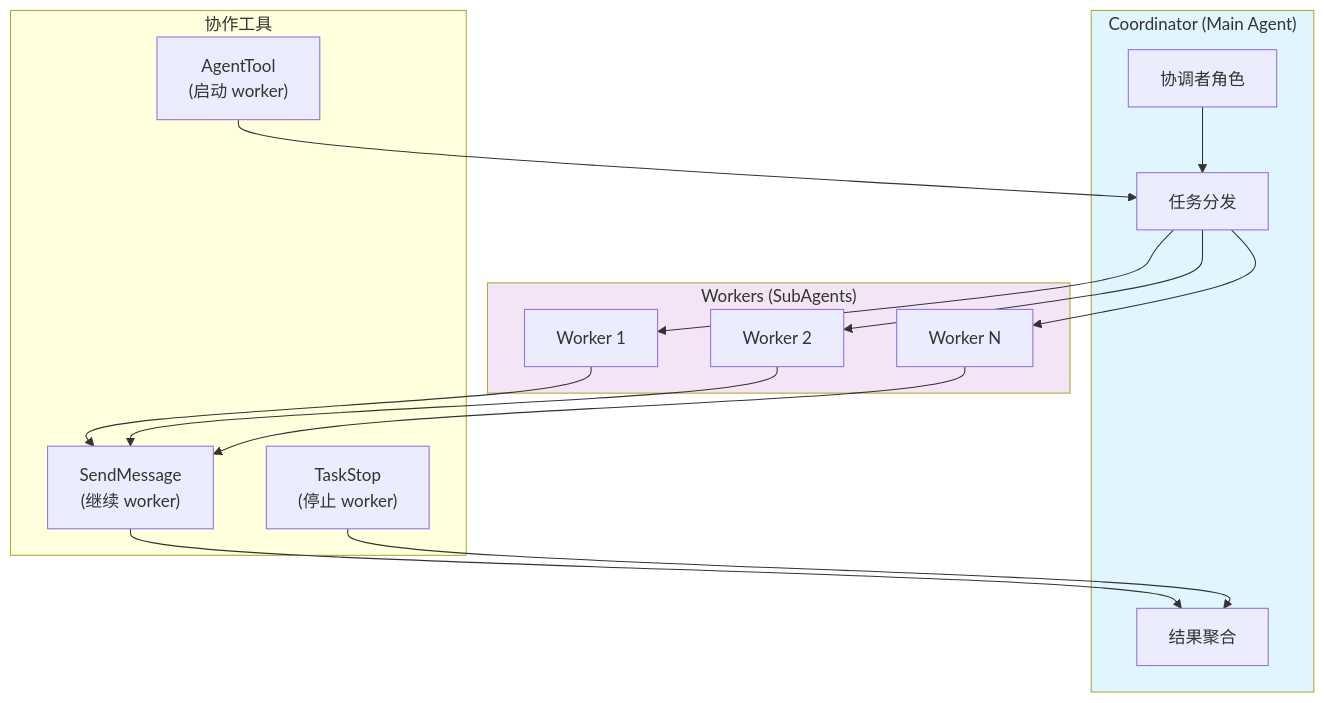
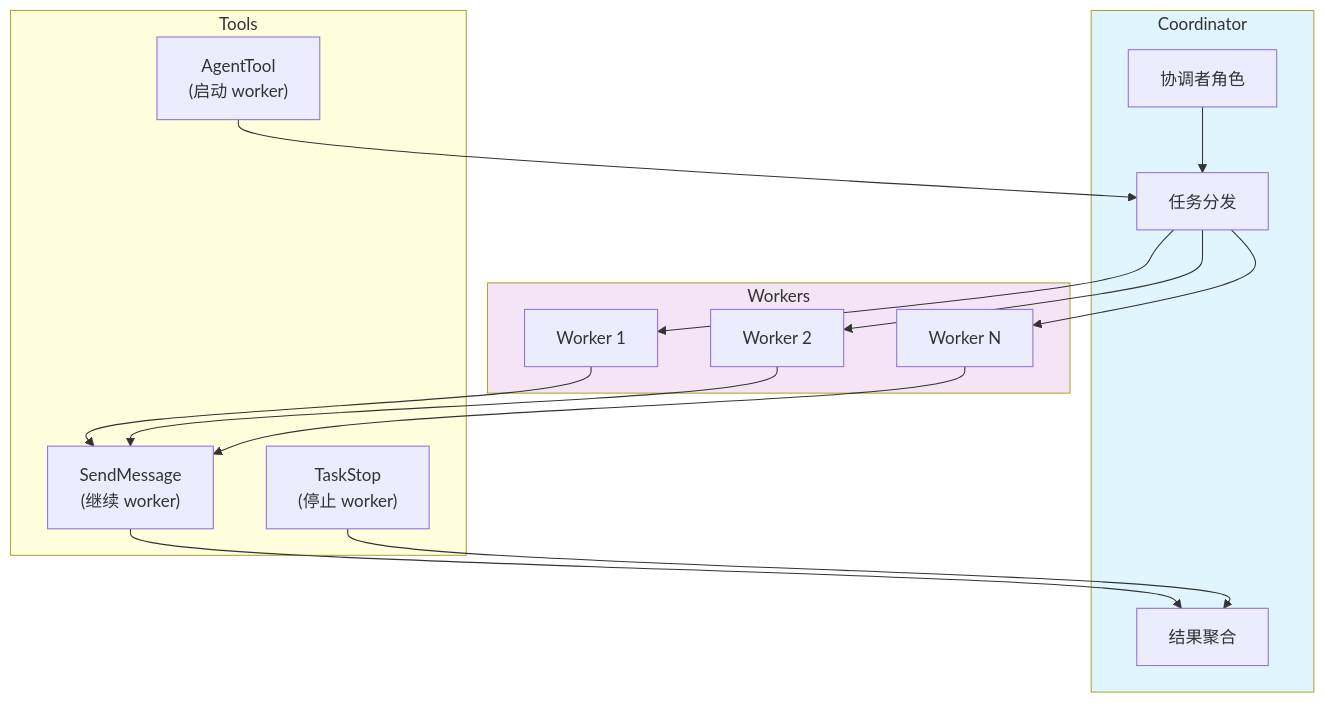
Diagram 15 of 15 in harness/docs/deep/AGENT-SYSTEM.md (platootalp/harness-code), drawn with Mermaid before and after one commit. The commit also changed other lines of this file and 8 other files, not shown here.

First line of the commit message:
docs: review and fix docs/deep/ accuracy and mermaid rendering

````diff
--- a/harness/docs/deep/AGENT-SYSTEM.md
+++ b/harness/docs/deep/AGENT-SYSTEM.md
@@ -1010,34 +1011,34 @@
 ```mermaid
 flowchart TD
-    subgraph Coordinator["Coordinator (Main Agent)"]
+    subgraph Coordinator
         C1["协调者角色"]
         C2["任务分发"]
         C3["结果聚合"]
     end
 
-    subgraph Workers["Workers (SubAgents)"]
+    subgraph Workers
         W1["Worker 1"]
         W2["Worker 2"]
         W3["Worker N"]
     end
 
-    subgraph Tools["协作工具"]
+    subgraph Tools
         T1["SendMessage<br/>(继续 worker)"]
         T2["TaskStop<br/>(停止 worker)"]
         T3["AgentTool<br/>(启动 worker)"]
     end
 
     C1 --> C2
     C2 --> W1
     C2 --> W2
     C2 --> W3
     W1 --> T1
     W2 --> T1
     W3 --> T1
     T1 --> C3
     T2 --> C3
     T3 --> C2
 
     style Coordinator fill:#e1f5fe
     style Workers fill:#f3e5f5
 ```
````
